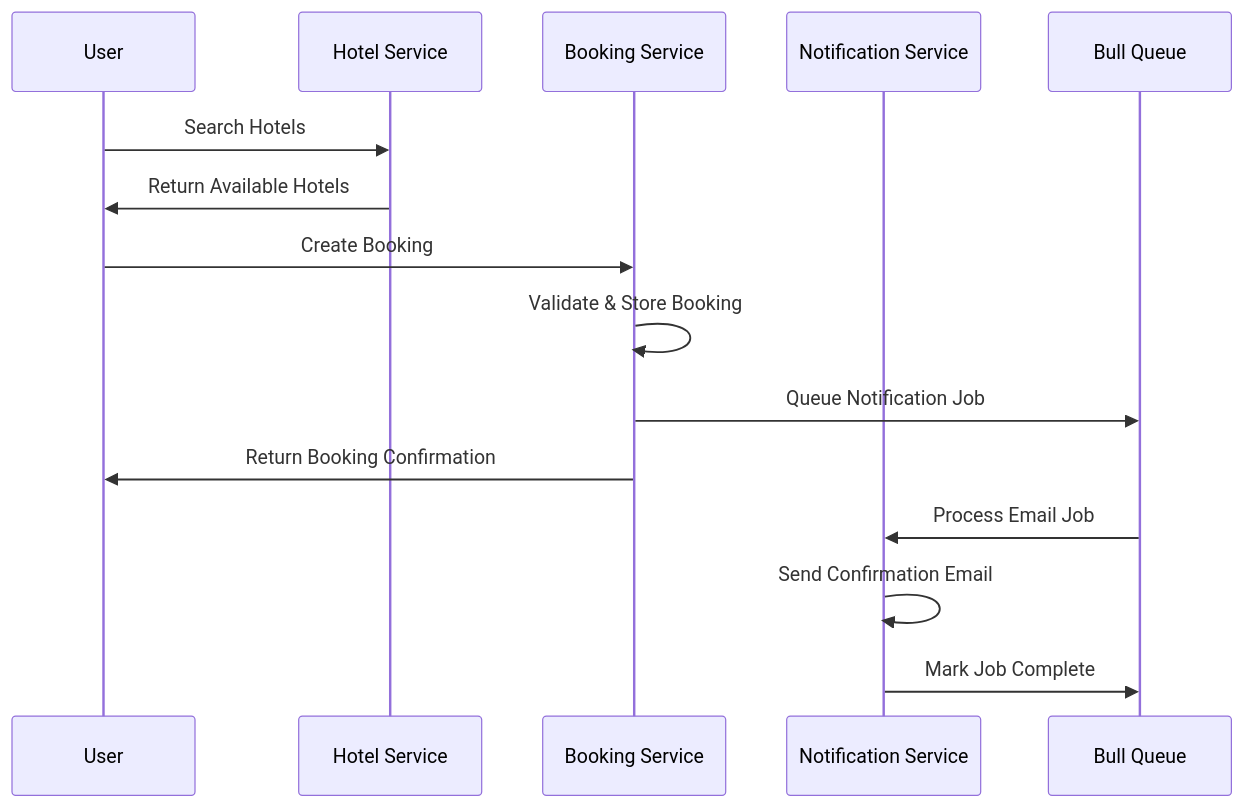
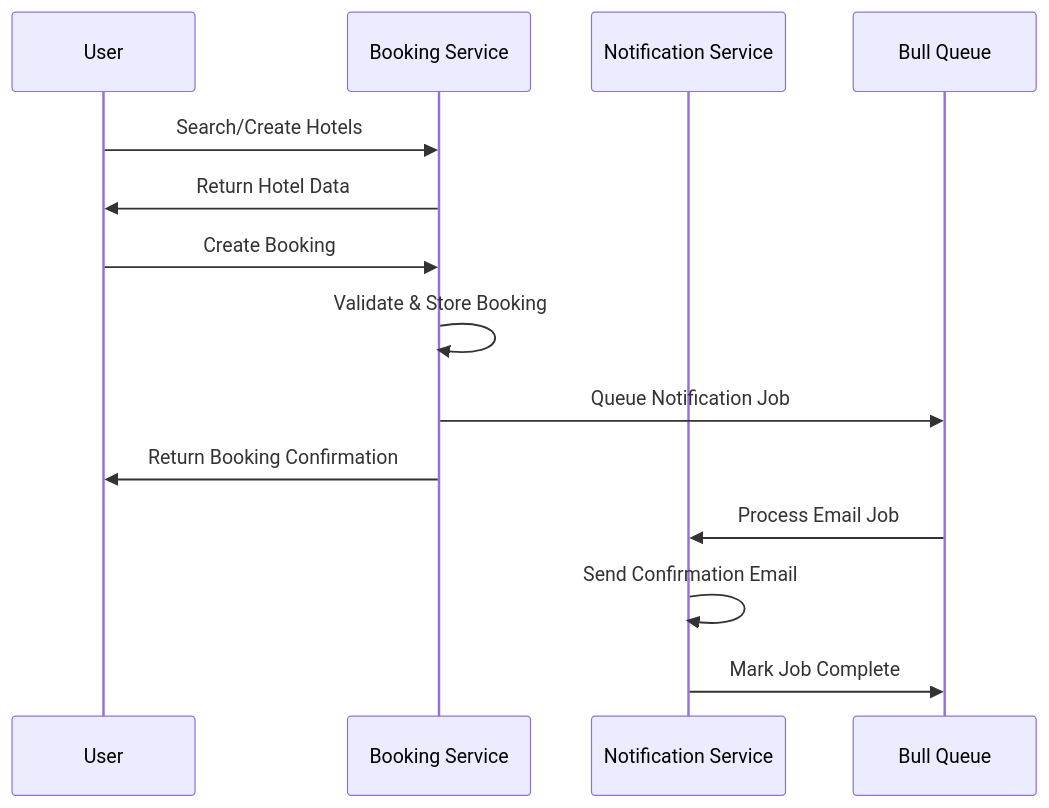
One commit to Jyotishmoy12/airbnb-booking-backend changed the second of 3 diagrams in README.md. Above: the diagram before and after it, drawn with Mermaid. The commit also changed other lines of this file, not shown here.

````diff
--- a/README.md
+++ b/README.md
@@ -69,20 +64,19 @@
 ```mermaid
 sequenceDiagram
     participant U as User
-    participant HS as Hotel Service
     participant BS as Booking Service
     participant NS as Notification Service
     participant Q as Bull Queue
 
-    U->>HS: Search Hotels
-    HS->>U: Return Available Hotels
+    U->>BS: Search/Create Hotels
+    BS->>U: Return Hotel Data
     
     U->>BS: Create Booking
     BS->>BS: Validate & Store Booking
     BS->>Q: Queue Notification Job
     BS->>U: Return Booking Confirmation
     
     Q->>NS: Process Email Job
     NS->>NS: Send Confirmation Email
     NS->>Q: Mark Job Complete
 ```
````
